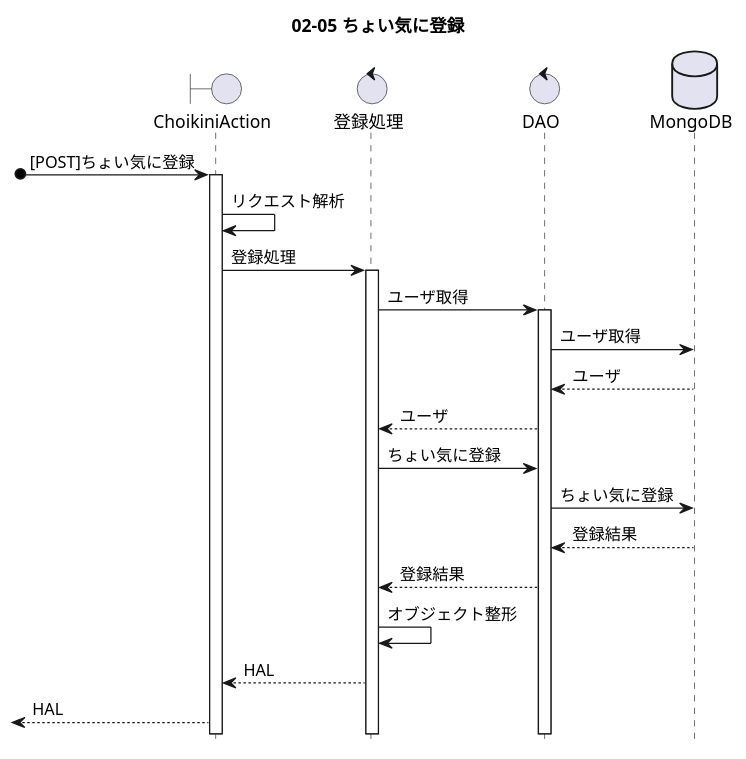
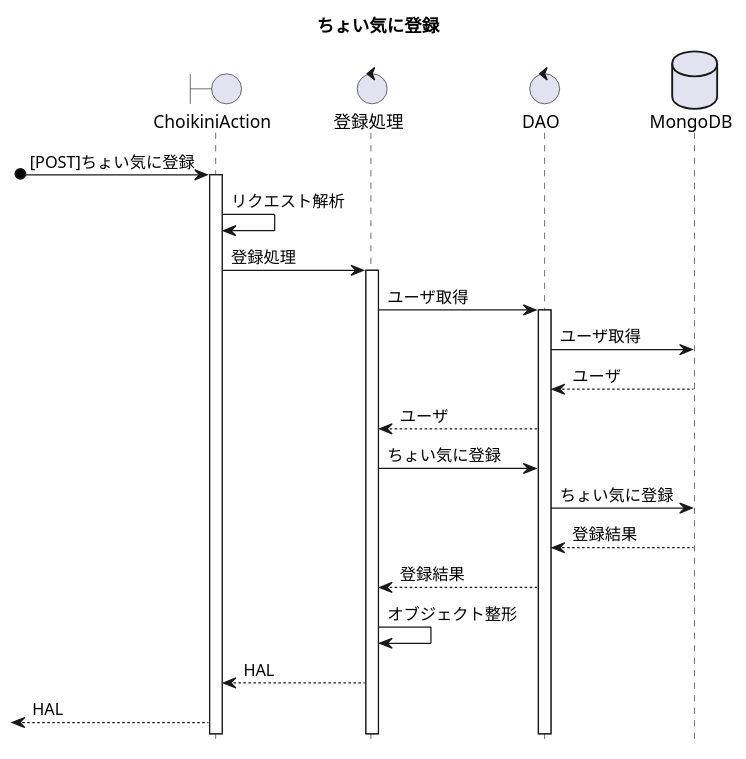
One commit to filunK/choikini changed the diagram in design/02-design/02-05_SEQ_registChoikini.puml. Above: the diagram before and after it, drawn with PlantUML. The commit also changed 8 other files, not shown here.

```diff
--- a/design/02-design/02-05_SEQ_registChoikini.puml
+++ b/design/02-design/02-05_SEQ_registChoikini.puml
@@ -1,36 +1,36 @@
 @startuml 02-05_ACT_ちょい気に登録
 hide footbox
-title 02-05 ちょい気に登録
+title ちょい気に登録
 
 boundary ChoikiniAction as router
 control 登録処理 as procedure
 control DAO as dao
 database MongoDB as db
 
 [o-> router: [POST]ちょい気に登録
 activate router
 router -> router: リクエスト解析
 
 router -> procedure: 登録処理
 activate procedure
 
 procedure -> dao: ユーザ取得
 activate dao
 
 dao -> db: ユーザ取得
 dao <-- db: ユーザ
 procedure <-- dao: ユーザ
 
 procedure -> dao: ちょい気に登録
 dao -> db: ちょい気に登録
 dao <-- db: 登録結果
 procedure <-- dao: 登録結果
 
 procedure -> procedure: オブジェクト整形
 
 router <-- procedure: HAL
 
 [<-- router: HAL
 
 
 @enduml
```
